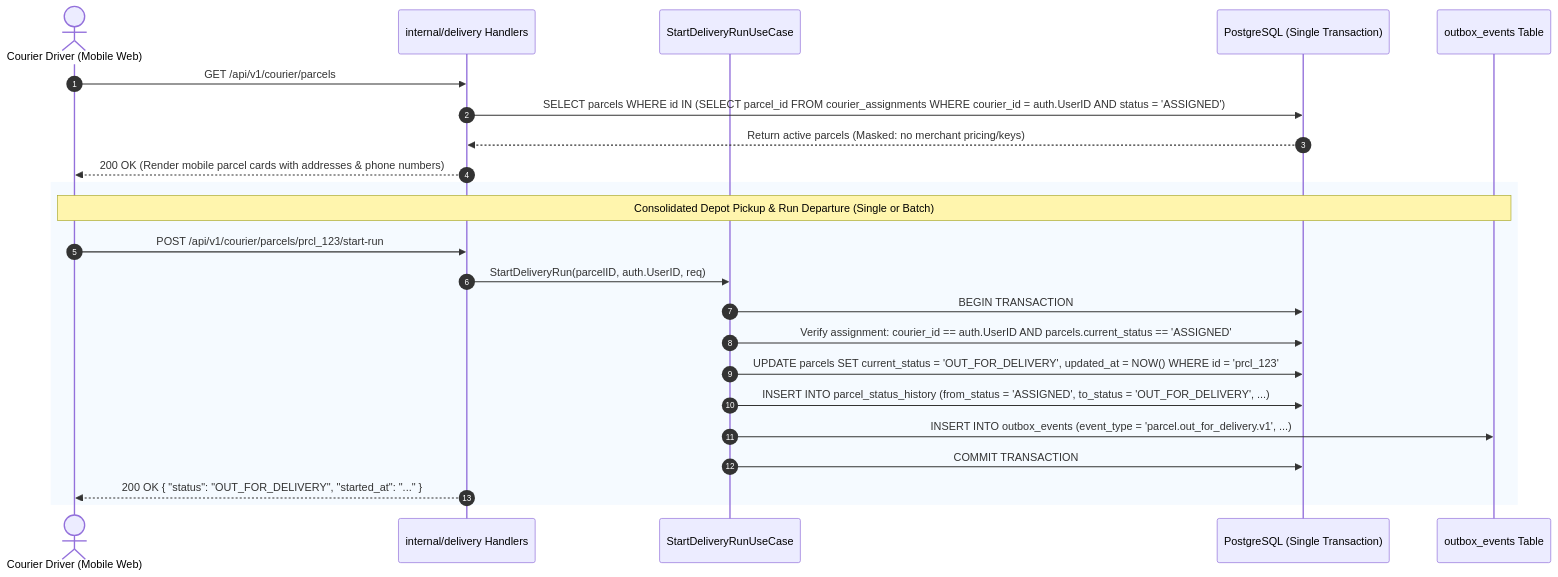
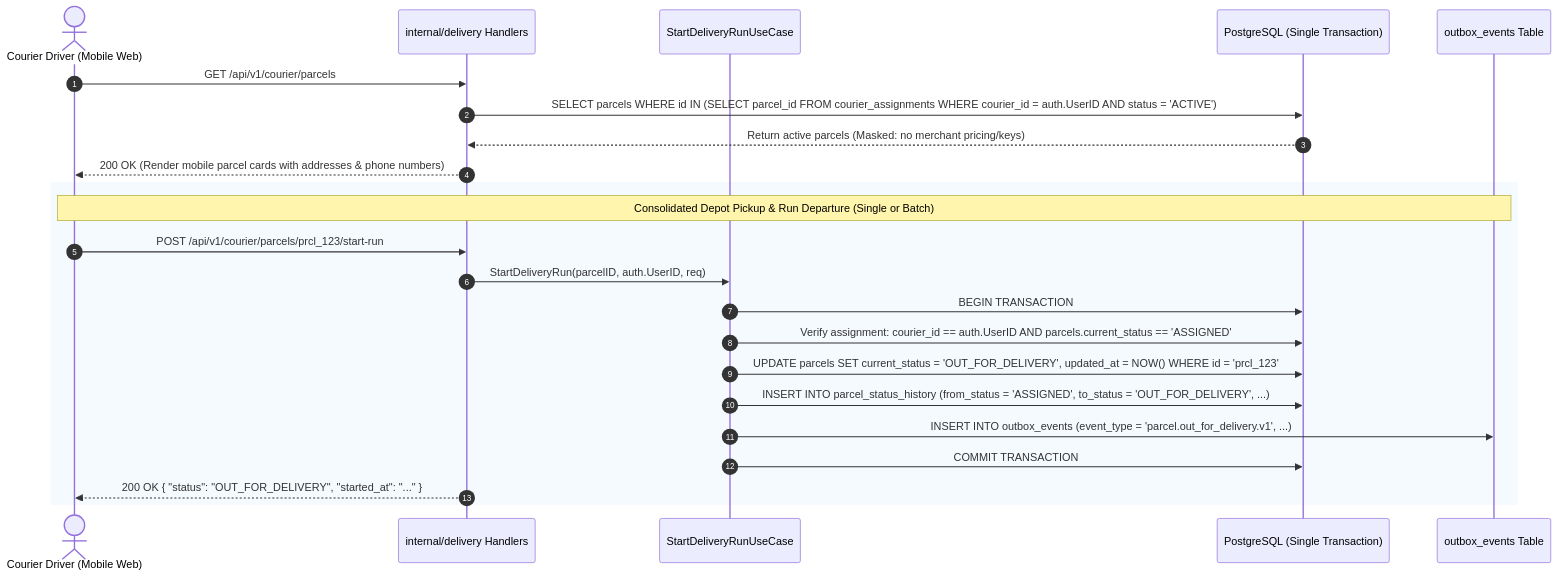
Before and after one commit to phantomTroupeEAD/SwiftDrop: the fourth of 6 diagrams in docs/drafts/member-03-dispatch-delivery/doc-02-functional-flows-and-business-rules.md, drawn with Mermaid. The commit also changed other lines of this file and 11 other files, not shown here.

````diff
--- a/docs/drafts/member-03-dispatch-delivery/doc-02-functional-flows-and-business-rules.md
+++ b/docs/drafts/member-03-dispatch-delivery/doc-02-functional-flows-and-business-rules.md
@@ -185,27 +185,27 @@
 ```mermaid
 sequenceDiagram
     autonumber
     actor Courier as Courier Driver (Mobile Web)
     participant DeliveryAPI as internal/delivery Handlers
     participant UseCase as StartDeliveryRunUseCase
     participant DB as PostgreSQL (Single Transaction)
     participant Outbox as outbox_events Table
 
     Courier->>DeliveryAPI: GET /api/v1/courier/parcels
-    DeliveryAPI->>DB: SELECT parcels WHERE id IN (SELECT parcel_id FROM courier_assignments WHERE courier_id = auth.UserID AND status = 'ASSIGNED')
+    DeliveryAPI->>DB: SELECT parcels WHERE id IN (SELECT parcel_id FROM courier_assignments WHERE courier_id = auth.UserID AND status = 'ACTIVE')
     DB-->>DeliveryAPI: Return active parcels (Masked: no merchant pricing/keys)
     DeliveryAPI-->>Courier: 200 OK (Render mobile parcel cards with addresses & phone numbers)
 
     rect rgb(245, 250, 255)
     Note over Courier,Outbox: Consolidated Depot Pickup & Run Departure (Single or Batch)
     Courier->>DeliveryAPI: POST /api/v1/courier/parcels/prcl_123/start-run
     DeliveryAPI->>UseCase: StartDeliveryRun(parcelID, auth.UserID, req)
     UseCase->>DB: BEGIN TRANSACTION
     UseCase->>DB: Verify assignment: courier_id == auth.UserID AND parcels.current_status == 'ASSIGNED'
     UseCase->>DB: UPDATE parcels SET current_status = 'OUT_FOR_DELIVERY', updated_at = NOW() WHERE id = 'prcl_123'
     UseCase->>DB: INSERT INTO parcel_status_history (from_status = 'ASSIGNED', to_status = 'OUT_FOR_DELIVERY', ...)
     UseCase->>Outbox: INSERT INTO outbox_events (event_type = 'parcel.out_for_delivery.v1', ...)
     UseCase->>DB: COMMIT TRANSACTION
     DeliveryAPI-->>Courier: 200 OK { "status": "OUT_FOR_DELIVERY", "started_at": "..." }
     end
 ```
````
